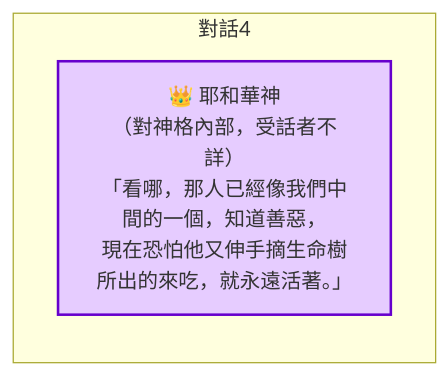
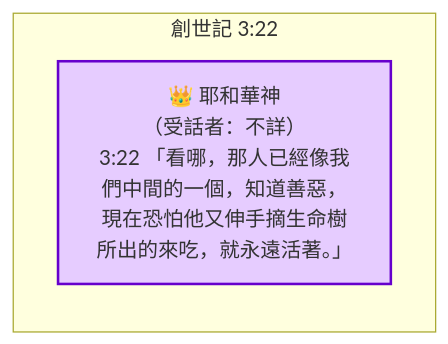
Before and after one commit to mccappsheet5804-sketch/bible-study-old-testament: the fourth of 11 diagrams in 創世紀/第 03 章.md, drawn with Mermaid. The commit also changed other lines of this file, not shown here.

````diff
--- a/創世紀/第 03 章.md
+++ b/創世紀/第 03 章.md
@@ -124,8 +124,8 @@
 ```mermaid
 flowchart LR
-    subgraph 對話4
-        G4[👑 耶和華神<br>（對神格內部，受話者不詳）<br>「看哪，那人已經像我們中間的一個，知道善惡，<br>現在恐怕他又伸手摘生命樹所出的來吃，就永遠活著。」]
+    subgraph Dialog_4 [創世記 3:22]
+        G4[👑 耶和華神<br>（受話者：不詳）<br>3:22 「看哪，那人已經像我們中間的一個，知道善惡，<br>現在恐怕他又伸手摘生命樹所出的來吃，就永遠活著。」]
     end
     
     style G4 fill:#e6ccff,stroke:#6600cc,stroke-width:2px
 ```
````
